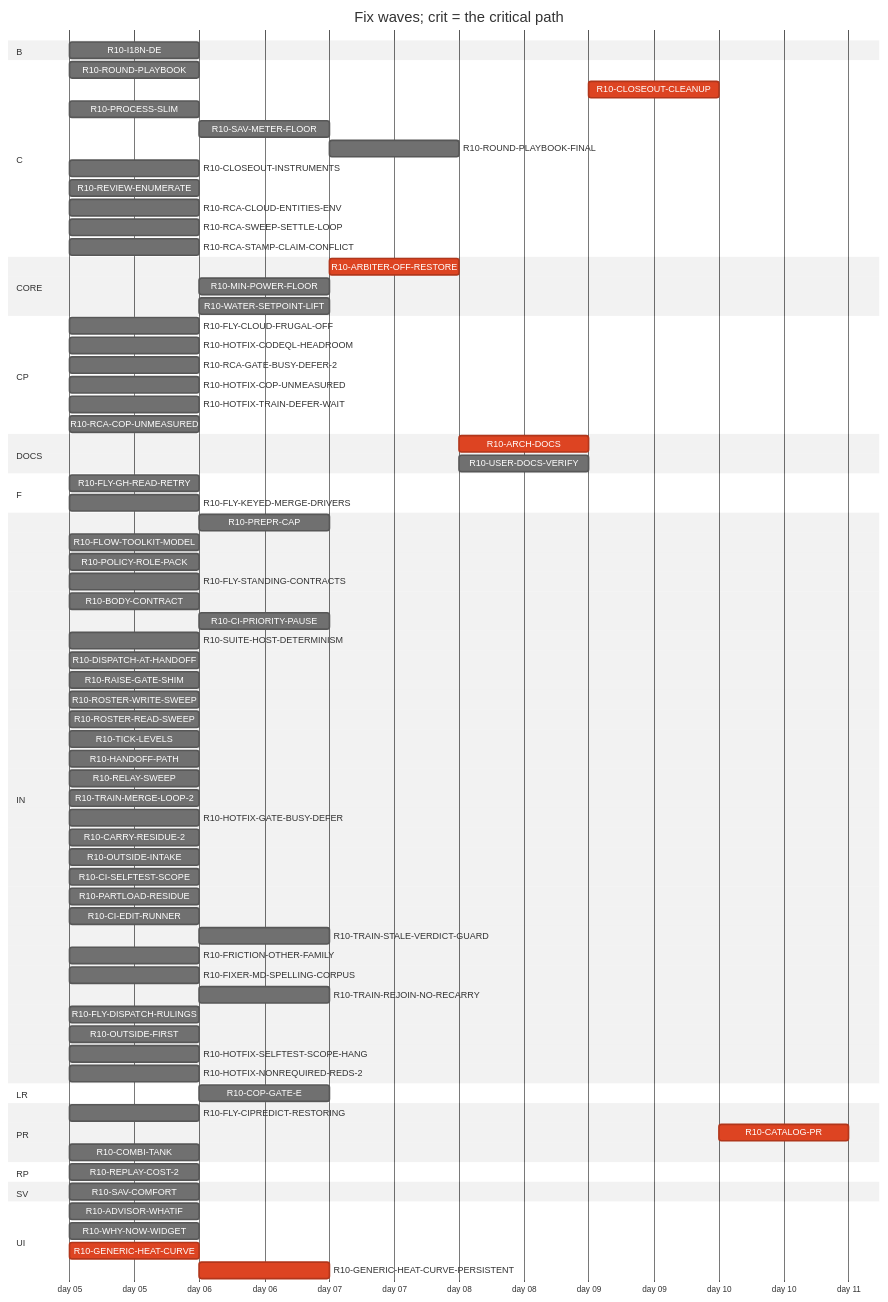
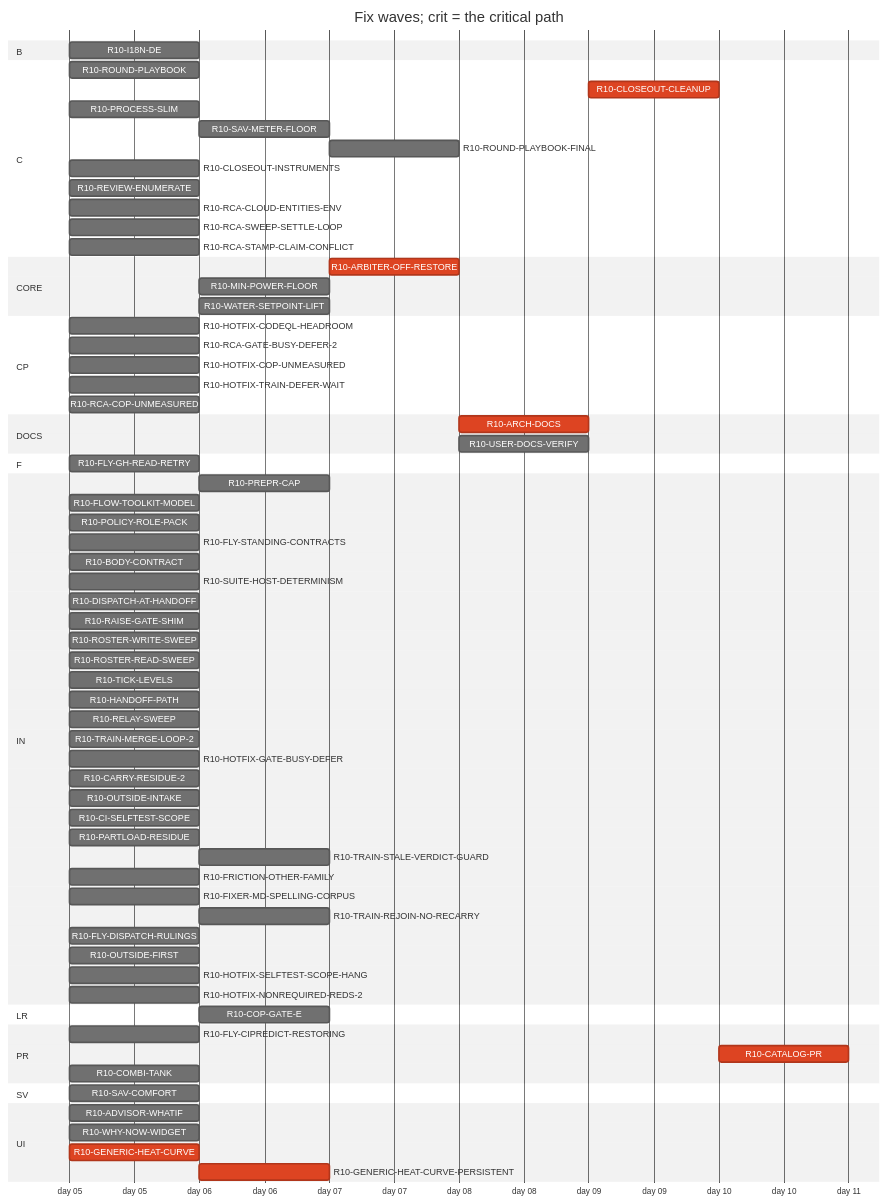
One commit to tvofi/heatpump_optimizer changed the diagram in handoff/round10/state/PLAN-TABLE.md. Above: the diagram before and after it, drawn with Mermaid (neutral theme). The commit also changed other lines of this file and 3 other files, not shown here.

Commit message:
state: FLOW-BOARD.md, NEXT-SESSION-PROMPT.md, PLAN-TABLE.md, RESUME-CURRENT.md regenerated (state_docs.py)

````diff
--- a/handoff/round10/state/PLAN-TABLE.md
+++ b/handoff/round10/state/PLAN-TABLE.md
@@ -25,81 +24,75 @@
 ```mermaid
 gantt
   title Fix waves; crit = the critical path
   dateFormat YYYY-MM-DD
   axisFormat day %d
   section B
     R10-I18N-DE :r10I18NDE, 2026-01-05, 1d
   section C
     R10-ROUND-PLAYBOOK :r10ROUNDPLAYBOOK, 2026-01-05, 1d
     R10-CLOSEOUT-CLEANUP :crit, r10CLOSEOUTCLEANUP, after r10ARCHDOCS r10USERDOCSVERIFY r10ROUNDPLAYBOOKFINAL r10CLOSEOUTINSTRUMENTS r10RCAGATEBUSYDEFER2 r10RCACOPUNMEASURED r10FRICTIONOTHERFAMILY, 1d
     R10-PROCESS-SLIM :r10PROCESSSLIM, 2026-01-05, 1d
     R10-SAV-METER-FLOOR :r10SAVMETERFLOOR, after r10SAVCOMFORT, 1d
     R10-ROUND-PLAYBOOK-FINAL :r10ROUNDPLAYBOOKFINAL, after r10PREPRCAP r10HANDOFFPATH r10RELAYSWEEP r10DISPATCHATHANDOFF r10BODYCONTRACT r10TICKLEVELS r10ROSTERWRITESWEEP r10ROSTERREADSWEEP r10FLYSTANDINGCONTRACTS r10POLICYROLEPACK r10FLOWTOOLKITMODEL r10FLYCIPREDICTRESTORING r10RAISEGATESHIM r10FLYGHREADRETRY r10SUITEHOSTDETERMINISM r10ROUNDPLAYBOOK r10PROCESSSLIM r10TRAINMERGELOOP2 r10HOTFIXGATEBUSYDEFER r10CARRYRESIDUE2 r10HOTFIXCODEQLHEADROOM r10OUTSIDEINTAKE r10HOTFIXTRAINDEFERWAIT r10CISELFTESTSCOPE r10TRAINSTALEVERDICTGUARD r10CLOSEOUTINSTRUMENTS r10FRICTIONOTHERFAMILY r10FIXERMDSPELLINGCORPUS, 1d
     R10-CLOSEOUT-INSTRUMENTS :r10CLOSEOUTINSTRUMENTS, 2026-01-05, 1d
     R10-REVIEW-ENUMERATE :r10REVIEWENUMERATE, 2026-01-05, 1d
     R10-RCA-CLOUD-ENTITIES-ENV :r10RCACLOUDENTITIESENV, 2026-01-05, 1d
     R10-RCA-SWEEP-SETTLE-LOOP :r10RCASWEEPSETTLELOOP, 2026-01-05, 1d
     R10-RCA-STAMP-CLAIM-CONFLICT :r10RCASTAMPCLAIMCONFLICT, 2026-01-05, 1d
   section CORE
     R10-ARBITER-OFF-RESTORE :crit, r10ARBITEROFFRESTORE, after r10GENERICHEATCURVE r10GENERICHEATCURVEPERSISTENT r10WATERSETPOINTLIFT, 1d
     R10-MIN-POWER-FLOOR :r10MINPOWERFLOOR, after r10HOTFIXCOPUNMEASURED r10GENERICHEATCURVE, 1d
     R10-WATER-SETPOINT-LIFT :r10WATERSETPOINTLIFT, after r10GENERICHEATCURVE, 1d
   section CP
-    R10-FLY-CLOUD-FRUGAL-OFF :r10FLYCLOUDFRUGALOFF, 2026-01-05, 1d
     R10-HOTFIX-CODEQL-HEADROOM :r10HOTFIXCODEQLHEADROOM, 2026-01-05, 1d
     R10-RCA-GATE-BUSY-DEFER-2 :r10RCAGATEBUSYDEFER2, 2026-01-05, 1d
     R10-HOTFIX-COP-UNMEASURED :r10HOTFIXCOPUNMEASURED, 2026-01-05, 1d
     R10-HOTFIX-TRAIN-DEFER-WAIT :r10HOTFIXTRAINDEFERWAIT, 2026-01-05, 1d
     R10-RCA-COP-UNMEASURED :r10RCACOPUNMEASURED, 2026-01-05, 1d
   section DOCS
     R10-ARCH-DOCS :crit, r10ARCHDOCS, after r10SAVCOMFORT r10WHYNOWWIDGET r10ADVISORWHATIF r10PREPRCAP r10HANDOFFPATH r10RELAYSWEEP r10DISPATCHATHANDOFF r10BODYCONTRACT r10TICKLEVELS r10ROSTERWRITESWEEP r10ROSTERREADSWEEP r10FLYSTANDINGCONTRACTS r10POLICYROLEPACK r10FLOWTOOLKITMODEL r10FLYCIPREDICTRESTORING r10RAISEGATESHIM r10FLYGHREADRETRY r10SUITEHOSTDETERMINISM r10PROCESSSLIM r10SAVMETERFLOOR r10HOTFIXCOPUNMEASURED r10COPGATEE r10PARTLOADRESIDUE r10I18NDE r10GENERICHEATCURVE r10GENERICHEATCURVEPERSISTENT r10ARBITEROFFRESTORE r10TRAINMERGELOOP2 r10HOTFIXGATEBUSYDEFER r10CARRYRESIDUE2 r10HOTFIXCODEQLHEADROOM r10OUTSIDEINTAKE r10HOTFIXTRAINDEFERWAIT r10CISELFTESTSCOPE r10TRAINSTALEVERDICTGUARD r10COMBITANK r10CLOSEOUTINSTRUMENTS r10MINPOWERFLOOR r10ROUNDPLAYBOOK r10RCAGATEBUSYDEFER2 r10FRICTIONOTHERFAMILY r10RCACOPUNMEASURED, 1d
     R10-USER-DOCS-VERIFY :r10USERDOCSVERIFY, after r10SAVCOMFORT r10WHYNOWWIDGET r10ADVISORWHATIF r10SAVMETERFLOOR r10HOTFIXCOPUNMEASURED r10COPGATEE r10PARTLOADRESIDUE r10I18NDE r10GENERICHEATCURVE r10GENERICHEATCURVEPERSISTENT r10ARBITEROFFRESTORE r10COMBITANK r10MINPOWERFLOOR, 1d
   section F
     R10-FLY-GH-READ-RETRY :r10FLYGHREADRETRY, 2026-01-05, 1d
-    R10-FLY-KEYED-MERGE-DRIVERS :r10FLYKEYEDMERGEDRIVERS, 2026-01-05, 1d
   section IN
     R10-PREPR-CAP :r10PREPRCAP, after r10PROCESSSLIM, 1d
     R10-FLOW-TOOLKIT-MODEL :r10FLOWTOOLKITMODEL, 2026-01-05, 1d
     R10-POLICY-ROLE-PACK :r10POLICYROLEPACK, 2026-01-05, 1d
     R10-FLY-STANDING-CONTRACTS :r10FLYSTANDINGCONTRACTS, 2026-01-05, 1d
     R10-BODY-CONTRACT :r10BODYCONTRACT, 2026-01-05, 1d
-    R10-CI-PRIORITY-PAUSE :r10CIPRIORITYPAUSE, after r10TICKLEVELS r10OUTSIDEFIRST, 1d
     R10-SUITE-HOST-DETERMINISM :r10SUITEHOSTDETERMINISM, 2026-01-05, 1d
     R10-DISPATCH-AT-HANDOFF :r10DISPATCHATHANDOFF, 2026-01-05, 1d
     R10-RAISE-GATE-SHIM :r10RAISEGATESHIM, 2026-01-05, 1d
     R10-ROSTER-WRITE-SWEEP :r10ROSTERWRITESWEEP, 2026-01-05, 1d
     R10-ROSTER-READ-SWEEP :r10ROSTERREADSWEEP, 2026-01-05, 1d
     R10-TICK-LEVELS :r10TICKLEVELS, 2026-01-05, 1d
     R10-HANDOFF-PATH :r10HANDOFFPATH, 2026-01-05, 1d
     R10-RELAY-SWEEP :r10RELAYSWEEP, 2026-01-05, 1d
     R10-TRAIN-MERGE-LOOP-2 :r10TRAINMERGELOOP2, 2026-01-05, 1d
     R10-HOTFIX-GATE-BUSY-DEFER :r10HOTFIXGATEBUSYDEFER, 2026-01-05, 1d
     R10-CARRY-RESIDUE-2 :r10CARRYRESIDUE2, 2026-01-05, 1d
     R10-OUTSIDE-INTAKE :r10OUTSIDEINTAKE, 2026-01-05, 1d
     R10-CI-SELFTEST-SCOPE :r10CISELFTESTSCOPE, 2026-01-05, 1d
     R10-PARTLOAD-RESIDUE :r10PARTLOADRESIDUE, 2026-01-05, 1d
-    R10-CI-EDIT-RUNNER :r10CIEDITRUNNER, 2026-01-05, 1d
     R10-TRAIN-STALE-VERDICT-GUARD :r10TRAINSTALEVERDICTGUARD, after r10TRAINMERGELOOP2, 1d
     R10-FRICTION-OTHER-FAMILY :r10FRICTIONOTHERFAMILY, 2026-01-05, 1d
     R10-FIXER-MD-SPELLING-CORPUS :r10FIXERMDSPELLINGCORPUS, 2026-01-05, 1d
     R10-TRAIN-REJOIN-NO-RECARRY :r10TRAINREJOINNORECARRY, after r10HOTFIXTRAINDEFERWAIT r10TRAINMERGELOOP2, 1d
     R10-FLY-DISPATCH-RULINGS :r10FLYDISPATCHRULINGS, 2026-01-05, 1d
     R10-OUTSIDE-FIRST :r10OUTSIDEFIRST, 2026-01-05, 1d
     R10-HOTFIX-SELFTEST-SCOPE-HANG :r10HOTFIXSELFTESTSCOPEHANG, 2026-01-05, 1d
     R10-HOTFIX-NONREQUIRED-REDS-2 :r10HOTFIXNONREQUIREDREDS2, 2026-01-05, 1d
   section LR
     R10-COP-GATE-E :r10COPGATEE, after r10HOTFIXCOPUNMEASURED, 1d
   section PR
     R10-FLY-CIPREDICT-RESTORING :r10FLYCIPREDICTRESTORING, 2026-01-05, 1d
     R10-CATALOG-PR :crit, r10CATALOGPR, after r10USERDOCSVERIFY r10ARCHDOCS r10ROUNDPLAYBOOKFINAL r10CLOSEOUTCLEANUP, 1d
     R10-COMBI-TANK :r10COMBITANK, 2026-01-05, 1d
-  section RP
-    R10-REPLAY-COST-2 :r10REPLAYCOST2, 2026-01-05, 1d
   section SV
     R10-SAV-COMFORT :r10SAVCOMFORT, 2026-01-05, 1d
   section UI
     R10-ADVISOR-WHATIF :r10ADVISORWHATIF, 2026-01-05, 1d
     R10-WHY-NOW-WIDGET :r10WHYNOWWIDGET, 2026-01-05, 1d
     R10-GENERIC-HEAT-CURVE :crit, r10GENERICHEATCURVE, 2026-01-05, 1d
     R10-GENERIC-HEAT-CURVE-PERSISTENT :crit, r10GENERICHEATCURVEPERSISTENT, after r10GENERICHEATCURVE, 1d
 ```
````
